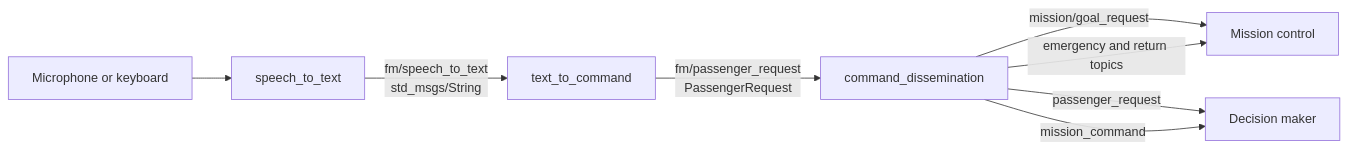
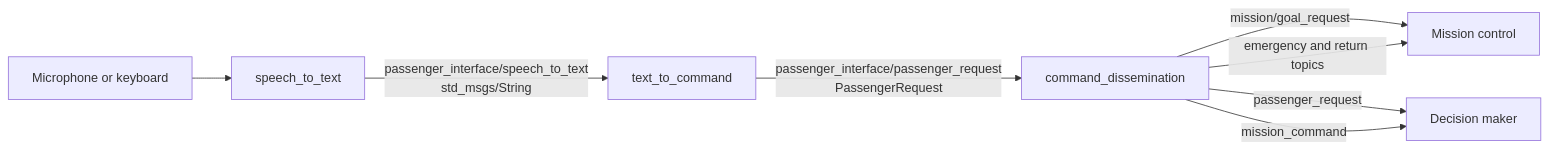
The diagram in README.md (DLR-TS/passenger_interface), drawn with Mermaid before and after one commit. The commit also changed other lines of this file and 64 other files, not shown here.

````diff
--- a/README.md
+++ b/README.md
@@ -18,10 +18,10 @@
 ```mermaid
 flowchart LR
     A[Microphone or keyboard] --> B[speech_to_text]
-    B -->|fm/speech_to_text<br/>std_msgs/String| C[text_to_command]
-    C -->|fm/passenger_request<br/>PassengerRequest| D[command_dissemination]
+    B -->|passenger_interface/speech_to_text<br/>std_msgs/String| C[text_to_command]
+    C -->|passenger_interface/passenger_request<br/>PassengerRequest| D[command_dissemination]
     D -->|mission/goal_request| E[Mission control]
     D -->|passenger_request| F[Decision maker]
     D -->|mission_command| F
     D -->|emergency and return topics| E
 ```
````
